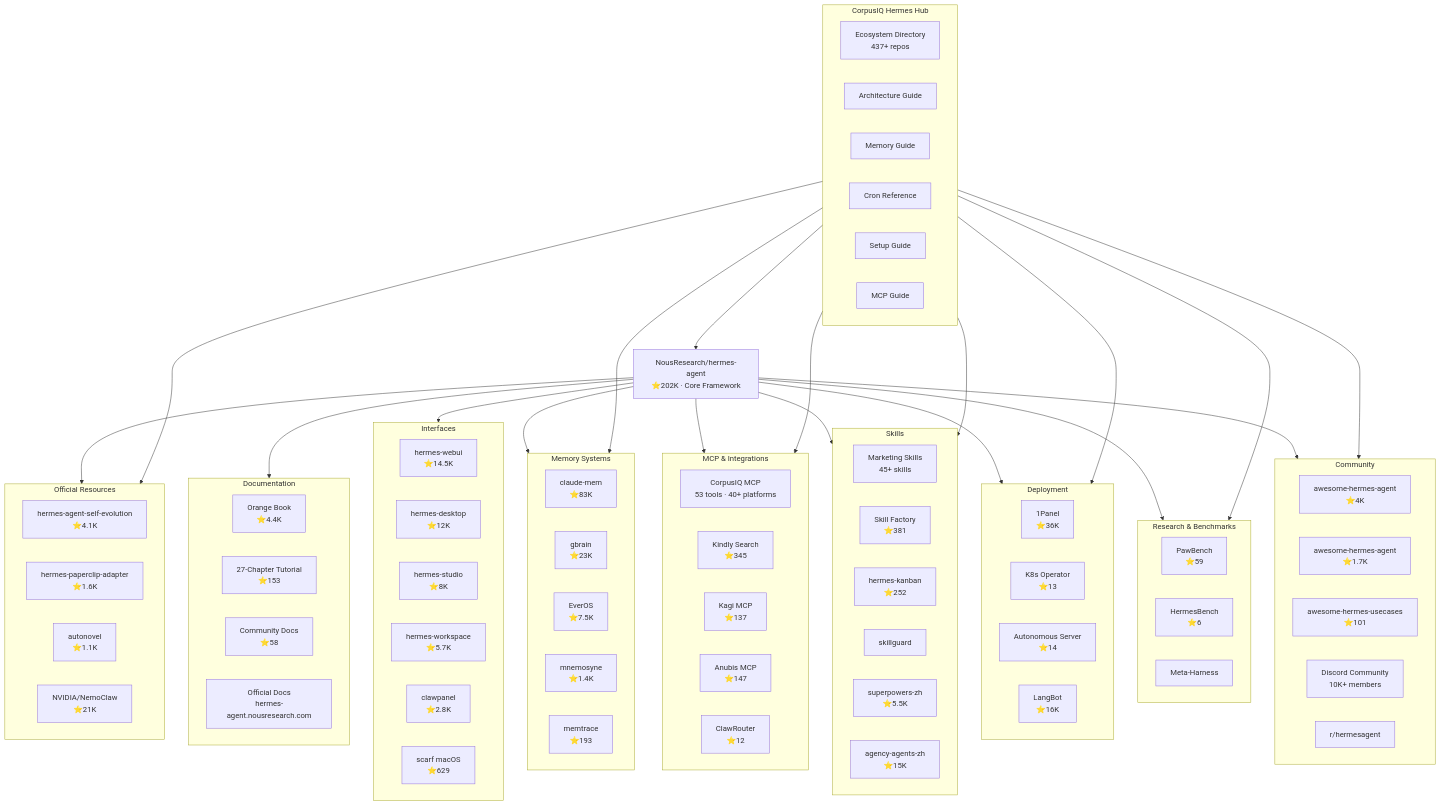
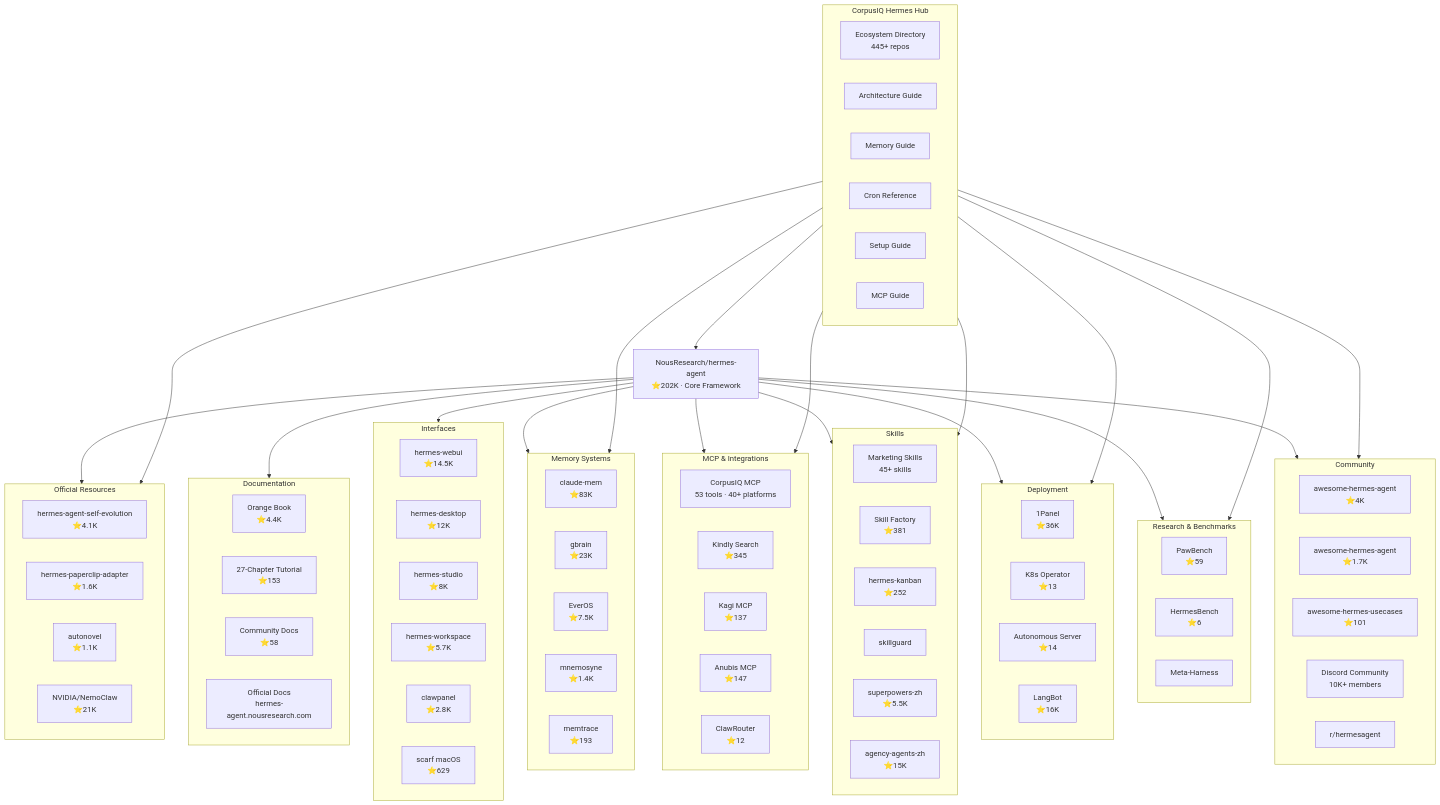
One commit to CorpusIQ/corpusiq-docs changed the first of 4 diagrams in hermes/ecosystem-map.md. Above: the diagram before and after it, drawn with Mermaid. The commit also changed other lines of this file and 41 other files, not shown here.

```diff
--- a/hermes/ecosystem-map.md
+++ b/hermes/ecosystem-map.md
@@ -88,7 +88,7 @@
     end
 
     subgraph CORPUSIQ_HUB[CorpusIQ Hermes Hub]
-        ECOSYSTEM[Ecosystem Directory<br/>437+ repos]
+        ECOSYSTEM[Ecosystem Directory<br/>445+ repos]
         ARCHITECTURE[Architecture Guide]
         KNOWLEDGE[Memory Guide]
         CRONS[Cron Reference]
```
